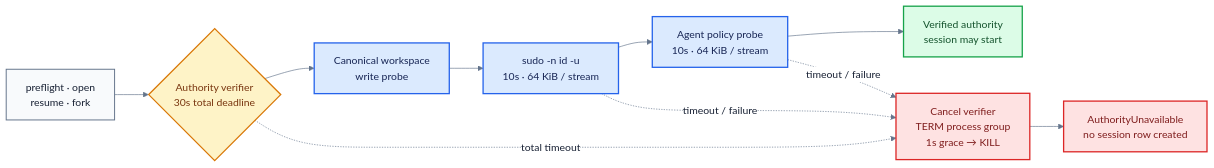
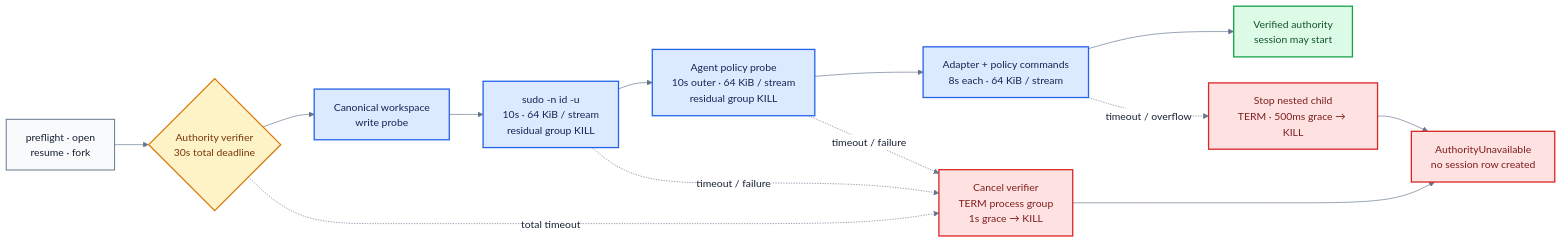
The diagram in v2/docs/authority-timeout-flow.mmd (fontanierh/crab), drawn with Mermaid before and after one commit. The commit also changed 3 other files, not shown here.

Commit message:
fix(v2): bound nested authority commands (#304)

```diff
--- a/v2/docs/authority-timeout-flow.mmd
+++ b/v2/docs/authority-timeout-flow.mmd
@@ -1,29 +1,33 @@
 %%{init: {"theme": "base", "themeVariables": {"fontFamily": "ui-sans-serif, system-ui, sans-serif", "primaryTextColor": "#172033", "lineColor": "#64748b", "edgeLabelBackground": "#ffffff"}, "flowchart": {"curve": "basis", "nodeSpacing": 40, "rankSpacing": 52}}}%%
 flowchart LR
     CALL["preflight · open<br/>resume · fork"]
     TOTAL{"Authority verifier<br/>30s total deadline"}
     FS["Canonical workspace<br/>write probe"]
-    SUDO["sudo -n id -u<br/>10s · 64 KiB / stream"]
-    PROBE["Agent policy probe<br/>10s · 64 KiB / stream"]
+    SUDO["sudo -n id -u<br/>10s · 64 KiB / stream<br/>residual group KILL"]
+    PROBE["Agent policy probe<br/>10s outer · 64 KiB / stream<br/>residual group KILL"]
+    NESTED["Adapter + policy commands<br/>8s each · 64 KiB / stream"]
     READY["Verified authority<br/>session may start"]
     STOP["Cancel verifier<br/>TERM process group<br/>1s grace → KILL"]
+    NESTED_STOP["Stop nested child<br/>TERM · 500ms grace → KILL"]
     REJECT["AuthorityUnavailable<br/>no session row created"]
 
     CALL --> TOTAL
-    TOTAL --> FS --> SUDO --> PROBE --> READY
+    TOTAL --> FS --> SUDO --> PROBE --> NESTED --> READY
     TOTAL -. "total timeout" .-> STOP
     SUDO -. "timeout / failure" .-> STOP
     PROBE -. "timeout / failure" .-> STOP
+    NESTED -. "timeout / overflow" .-> NESTED_STOP
     STOP --> REJECT
+    NESTED_STOP --> REJECT
 
     classDef caller fill:#f8fafc,stroke:#64748b,stroke-width:1.5px,color:#172033;
     classDef gate fill:#fef3c7,stroke:#d97706,stroke-width:2px,color:#78350f;
     classDef probe fill:#dbeafe,stroke:#2563eb,stroke-width:2px,color:#172554;
     classDef ready fill:#dcfce7,stroke:#16a34a,stroke-width:2px,color:#14532d;
     classDef failure fill:#fee2e2,stroke:#dc2626,stroke-width:2px,color:#7f1d1d;
 
     class CALL caller;
     class TOTAL gate;
-    class FS,SUDO,PROBE probe;
+    class FS,SUDO,PROBE,NESTED probe;
     class READY ready;
-    class STOP,REJECT failure;
+    class STOP,NESTED_STOP,REJECT failure;
```
